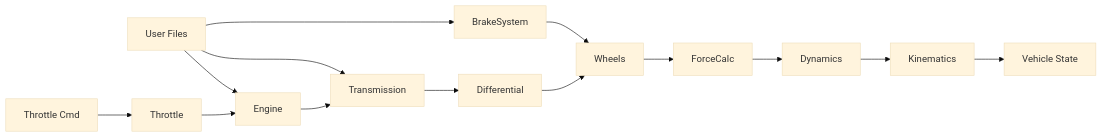
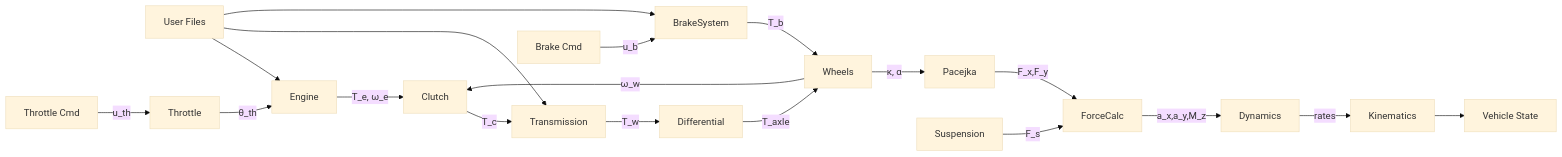
Before and after one commit to MelkorBalrog/VDSS---Vehicle-Dynamics-Safety-Simulator: diagram 11 of 27 in README.md, drawn with Mermaid (base theme). The commit also changed other lines of this file, not shown here.

````diff
--- a/README.md
+++ b/README.md
@@ -360,17 +378,22 @@
 ```mermaid
 flowchart LR
   ConfigFiles["User Files"]
-  throttleCmd[Throttle Cmd] --> Throttle
-  Throttle --> Engine
+  throttleCmd[Throttle Cmd] -->|"u_th"| Throttle
+  Throttle -->|"θ_th"| Engine
   ConfigFiles --> Engine
+  Engine -->|"T_e, ω_e"| Clutch
+  Wheels -->|"ω_w"| Clutch
+  Clutch -->|"T_c"| Transmission
   ConfigFiles --> Transmission
+  brakeCmd[Brake Cmd] -->|"u_b"| BrakeSystem
   ConfigFiles --> BrakeSystem
-  Engine --> Transmission
-  Transmission --> Differential
-  Differential --> Wheels
-  BrakeSystem --> Wheels
-  Wheels --> ForceCalc
-  ForceCalc --> Dynamics
-  Dynamics --> Kinematics
+  Transmission -->|"T_w"| Differential
+  Differential -->|"T_axle"| Wheels
+  BrakeSystem -->|"T_b"| Wheels
+  Wheels -->|"κ, α"| TireModel[Pacejka]
+  TireModel -->|"F_x,F_y"| ForceCalc
+  Suspension -->|"F_s"| ForceCalc
+  ForceCalc -->|"a_x,a_y,M_z"| Dynamics
+  Dynamics -->|"rates"| Kinematics
   Kinematics --> VehicleState[Vehicle State]
 ```
````
